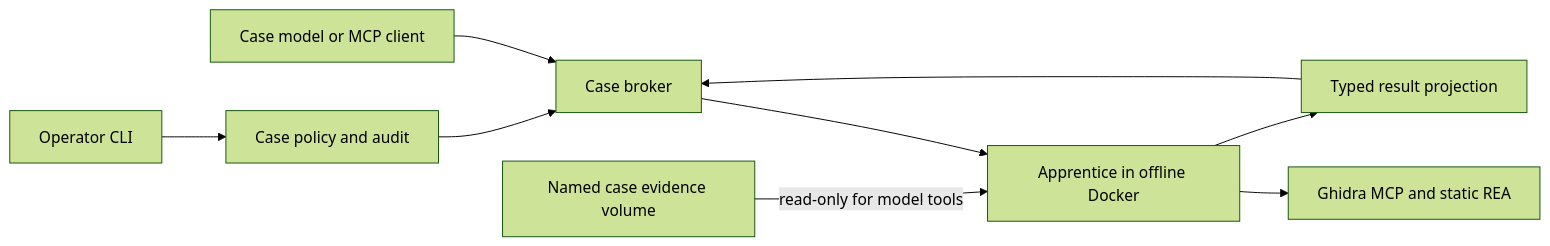
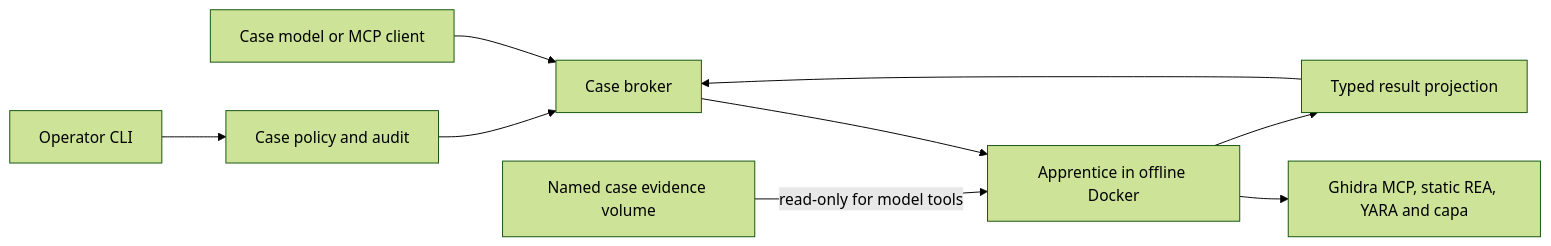
The diagram in docs/SAFETY.md (nullvaluefound/prometheus), drawn with Mermaid (forest theme) before and after one commit. The commit also changed 23 other files, not shown here.

````diff
--- a/docs/SAFETY.md
+++ b/docs/SAFETY.md
@@ -5,11 +5,11 @@
 ```mermaid
 flowchart LR
     M[Case model or MCP client] --> B[Case broker]
     O[Operator CLI] --> P[Case policy and audit]
     P --> B
     B --> D[Apprentice in offline Docker]
     E[Named case evidence volume] -->|read-only for model tools| D
-    D --> G[Ghidra MCP and static REA]
+    D --> G[Ghidra MCP, static REA, YARA and capa]
     D --> F[Typed result projection]
     F --> B
 ```
````
